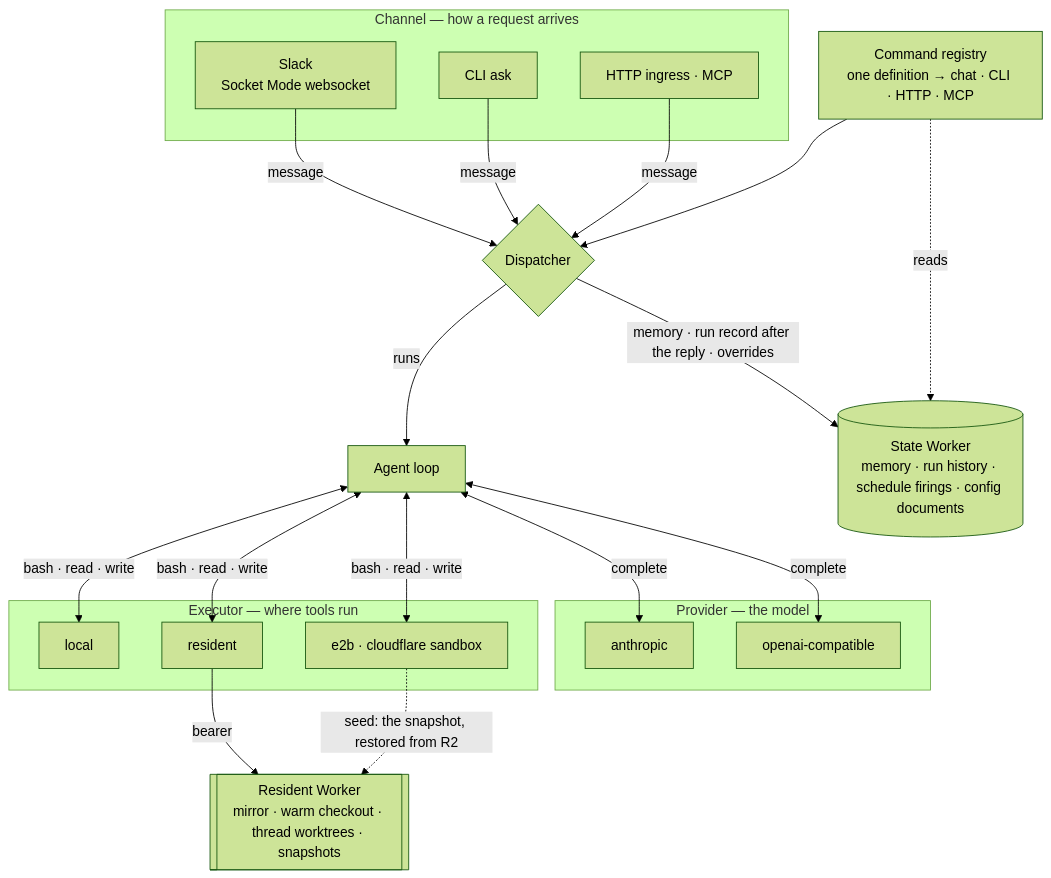
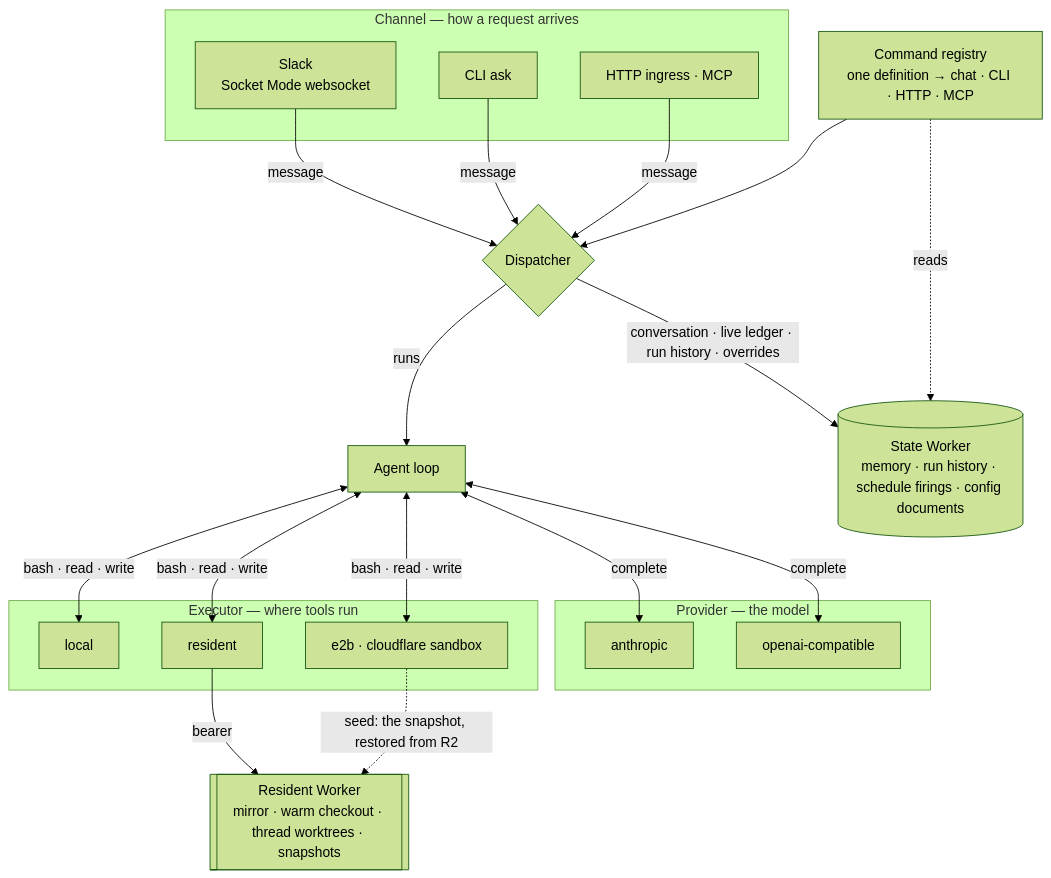
Before and after one commit to coreplanelabs/switchboard: the first of 3 diagrams in docs/explanation/worker-topology.md, drawn with Mermaid (forest theme). The commit also changed other lines of this file and 22 other files, not shown here.

Commit message:
docs(docs): explain the gateway, agents, and data flow

````diff
--- a/docs/explanation/worker-topology.md
+++ b/docs/explanation/worker-topology.md
@@ -16,36 +16,36 @@
 ```mermaid
 flowchart TB
     subgraph channels ["Channel — how a request arrives"]
         SL["Slack<br/>Socket Mode websocket"]
         CLI["CLI ask"]
         ING["HTTP ingress · MCP"]
     end
 
     D{"Dispatcher"}
     CR["Command registry<br/>one definition → chat · CLI · HTTP · MCP"]
     RUN["Agent loop"]
 
     subgraph providers ["Provider — the model"]
         A["anthropic"]
         O["openai-compatible"]
     end
 
     subgraph exec ["Executor — where tools run"]
         LX["local"]
         EX["e2b · cloudflare sandbox"]
         RX["resident"]
     end
 
     SW[("State Worker<br/>memory · run history · schedule firings · config documents")]
     RW[["Resident Worker<br/>mirror · warm checkout · thread worktrees · snapshots"]]
 
     SL & CLI & ING -->|"message"| D
     CR --> D
     D -->|"runs"| RUN
     RUN <-->|"complete"| A & O
     RUN <-->|"bash · read · write"| LX & EX & RX
     RX -->|"bearer"| RW
     EX -.->|"seed: the snapshot, restored from R2"| RW
-    D -->|"memory · run record after the reply · overrides"| SW
+    D -->|"conversation · live ledger · run history · overrides"| SW
     CR -.->|"reads"| SW
 ```
````
